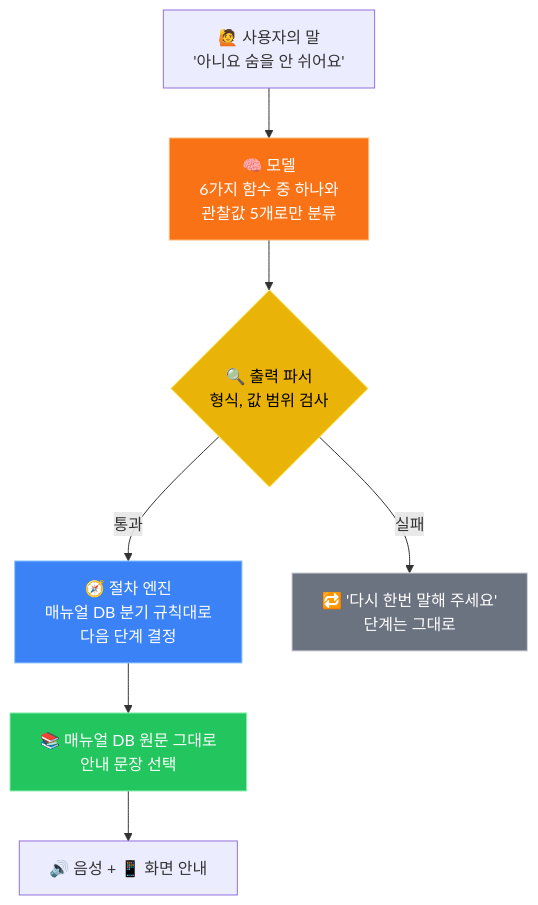
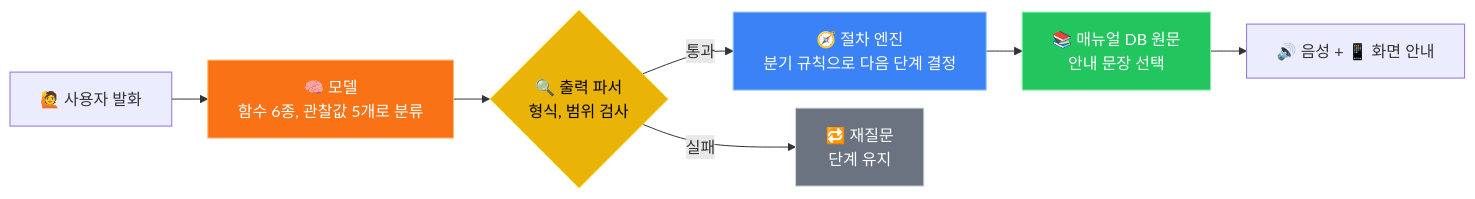
Before and after one commit to savedream/.github: the third of 6 diagrams in profile/README.md, drawn with Mermaid. The commit also changed other lines of this file, not shown here.

Commit message:
chore : 조직 프로필 다이어그램과 표를 가로형으로 바꾸기

````diff
--- a/profile/README.md
+++ b/profile/README.md
@@ -192,15 +189,16 @@
 ```mermaid
-flowchart TD
-    A["🙋 사용자의 말<br/>'아니요 숨을 안 쉬어요'"] --> B["🧠 모델<br/>6가지 함수 중 하나와<br/>관찰값 5개로만 분류"]
-    B --> C{"🔍 출력 파서<br/>형식, 값 범위 검사"}
-    C -->|통과| D["🧭 절차 엔진<br/>매뉴얼 DB 분기 규칙대로<br/>다음 단계 결정"]
-    C -->|실패| R["🔁 '다시 한번 말해 주세요'<br/>단계는 그대로"]
-    D --> E["📚 매뉴얼 DB 원문 그대로<br/>안내 문장 선택"]
+%%{init: {"flowchart": {"rankSpacing": 36, "nodeSpacing": 18}}}%%
+flowchart LR
+    A["🙋 사용자 발화"] --> B["🧠 모델<br/>함수 6종, 관찰값 5개로 분류"]
+    B --> C{"🔍 출력 파서<br/>형식, 범위 검사"}
+    C -->|통과| D["🧭 절차 엔진<br/>분기 규칙으로 다음 단계 결정"]
+    D --> E["📚 매뉴얼 DB 원문<br/>안내 문장 선택"]
     E --> F["🔊 음성 + 📱 화면 안내"]
+    C -->|실패| R["🔁 재질문<br/>단계 유지"]
 
     style B fill:#f97316,stroke:#fdba74,color:#fff
     style C fill:#eab308,stroke:#fde047,color:#000
     style D fill:#3b82f6,stroke:#93c5fd,color:#fff
     style E fill:#22c55e,stroke:#86efac,color:#fff
     style R fill:#6b7280,stroke:#d1d5db,color:#fff
 ```
````
